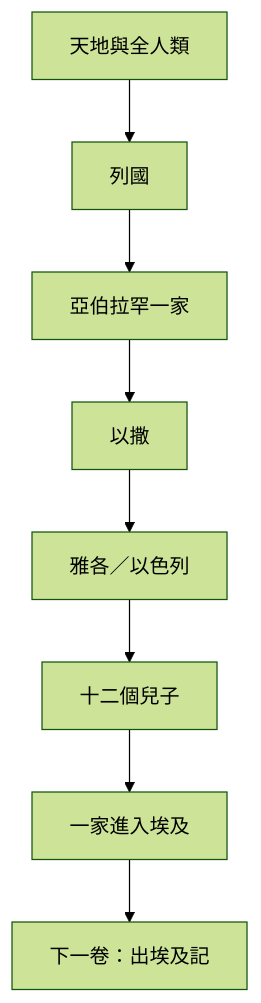
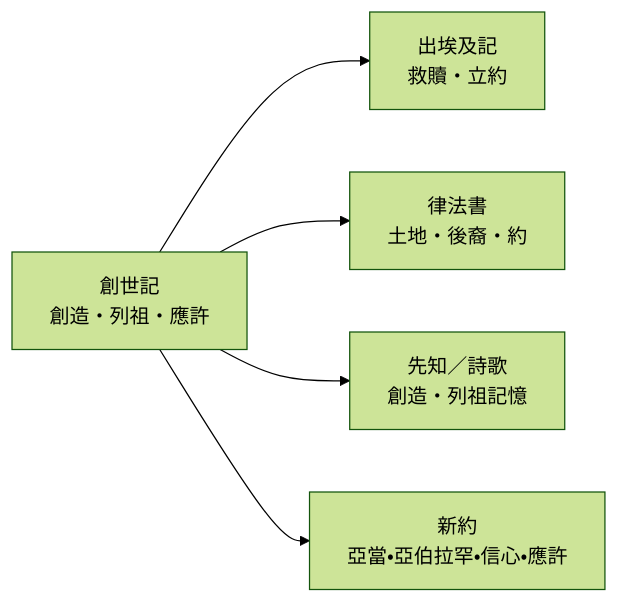
Before and after one commit to andyjr5566/Bible_wiki_zh: the fourth of 5 diagrams in 01 創世記/Introduction.md, drawn with Mermaid (forest theme). The commit also changed other lines of this file, not shown here.

````diff
--- a/01 創世記/Introduction.md
+++ b/01 創世記/Introduction.md
@@ -73,10 +185,7 @@
 ```mermaid
-flowchart TB
-  W[天地與全人類] --> N[列國]
-  N --> A[亞伯拉罕一家]
-  A --> I[以撒]
-  I --> J[雅各／以色列]
-  J --> T[十二個兒子]
-  T --> E[一家進入埃及]
-  E --> X[下一卷：出埃及記]
+flowchart LR
+  G[創世記<br/>創造・列祖・應許] --> E[出埃及記<br/>救贖・立約]
+  G --> T[律法書<br/>土地・後裔・約]
+  G --> P[先知／詩歌<br/>創造・列祖記憶]
+  G --> N[新約<br/>亞當・亞伯拉罕・信心・應許]
 ```
````
